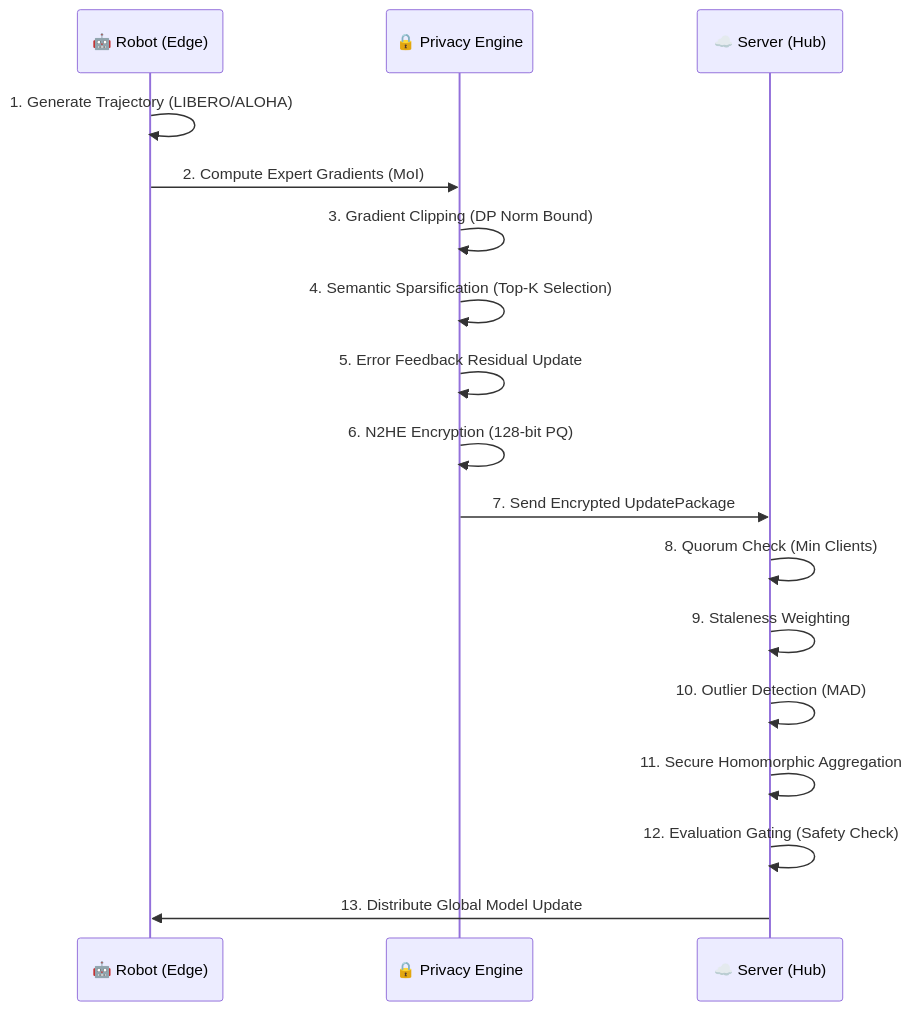
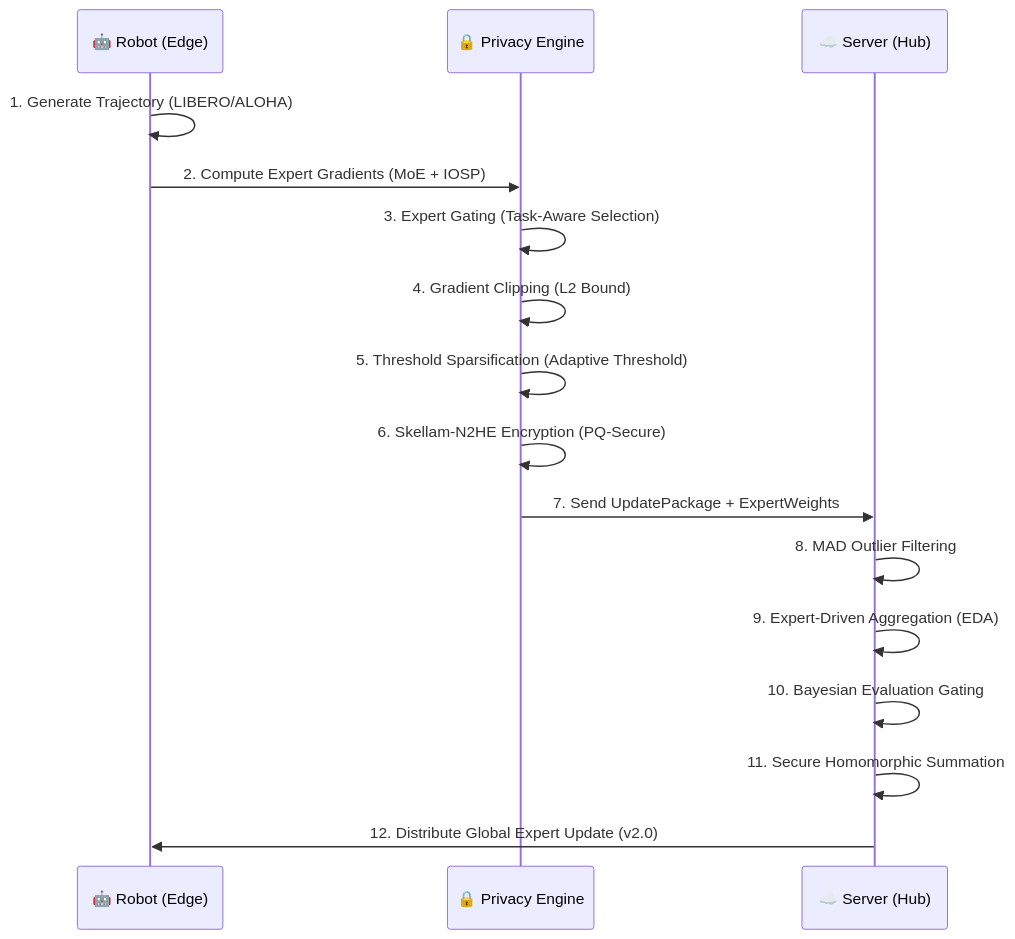
One commit to Danielfoojunwei/TensorGuard changed the second of 2 diagrams in README.md. Above: the diagram before and after it, drawn with Mermaid. The commit also changed other lines of this file and 44 other files, not shown here.

````diff
--- a/README.md
+++ b/README.md
@@ -103,20 +104,19 @@
 ```mermaid
 sequenceDiagram
     participant R as 🤖 Robot (Edge)
     participant P as 🔒 Privacy Engine
     participant S as ☁️ Server (Hub)
     
     R->>R: 1. Generate Trajectory (LIBERO/ALOHA)
-    R->>P: 2. Compute Expert Gradients (MoI)
-    P->>P: 3. Gradient Clipping (DP Norm Bound)
-    P->>P: 4. Semantic Sparsification (Top-K Selection)
-    P->>P: 5. Error Feedback Residual Update
-    P->>P: 6. N2HE Encryption (128-bit PQ)
-    P->>S: 7. Send Encrypted UpdatePackage
-    S->>S: 8. Quorum Check (Min Clients)
-    S->>S: 9. Staleness Weighting
-    S->>S: 10. Outlier Detection (MAD)
-    S->>S: 11. Secure Homomorphic Aggregation
-    S->>S: 12. Evaluation Gating (Safety Check)
-    S->>R: 13. Distribute Global Model Update
+    R->>P: 2. Compute Expert Gradients (MoE + IOSP)
+    P->>P: 3. Expert Gating (Task-Aware Selection)
+    P->>P: 4. Gradient Clipping (L2 Bound)
+    P->>P: 5. Threshold Sparsification (Adaptive Threshold)
+    P->>P: 6. Skellam-N2HE Encryption (PQ-Secure)
+    P->>S: 7. Send UpdatePackage + ExpertWeights
+    S->>S: 8. MAD Outlier Filtering
+    S->>S: 9. Expert-Driven Aggregation (EDA)
+    S->>S: 10. Bayesian Evaluation Gating
+    S->>S: 11. Secure Homomorphic Summation
+    S->>R: 12. Distribute Global Expert Update (v2.0)
 ```
````
